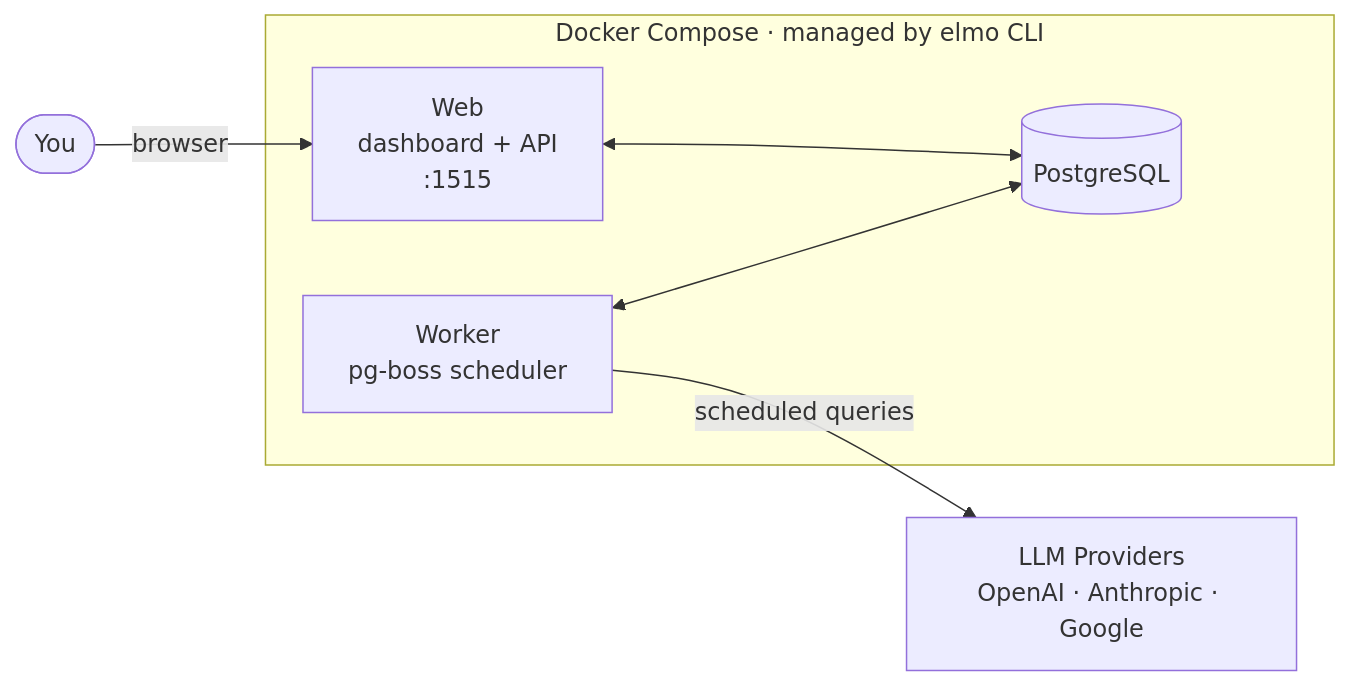
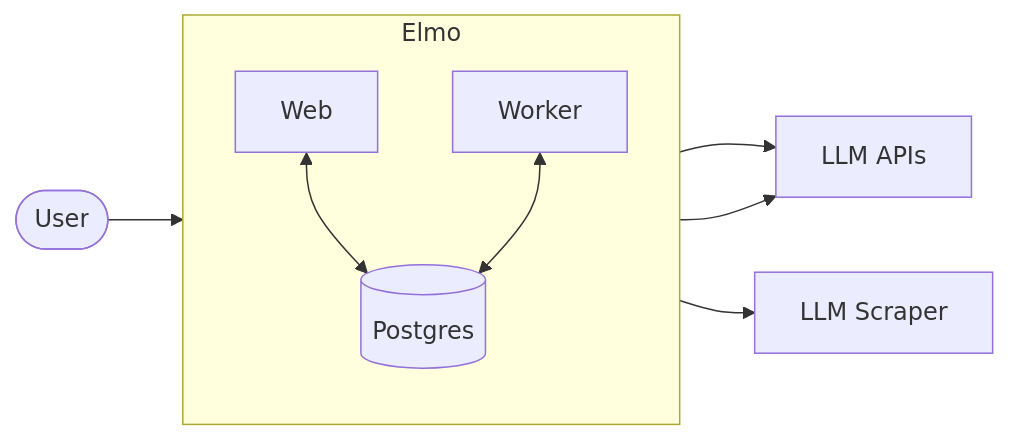
The diagram in README.md (elmohq/elmo), drawn with Mermaid before and after one commit. The commit also changed 1 other file, not shown here.

Commit message:
docs: simpler architecture diagram
- "User" instead of "You"; drop port numbers and pg-boss labels.
- Split LLM destination into LLM APIs (direct) and LLM Scraper.
- Web also reaches LLM APIs directly, not just the worker.
- Updated services table to match.

````diff
--- a/README.md
+++ b/README.md
@@ -56,16 +56,21 @@
 ```mermaid
 flowchart LR
-    USER([You])
-    LLM["LLM Providers<br/>OpenAI · Anthropic · Google"]
+    USER([User])
 
-    subgraph STACK["Docker Compose · managed by elmo CLI"]
-        WEB["Web<br/>dashboard + API<br/>:1515"]
-        WORKER["Worker<br/>pg-boss scheduler"]
-        PG[("PostgreSQL")]
+    subgraph ELMO[Elmo]
+        direction TB
+        WEB[Web]
+        PG[(Postgres)]
+        WORKER[Worker]
+        WEB <--> PG
+        WORKER <--> PG
     end
 
-    USER -->|browser| WEB
-    WEB <--> PG
-    WORKER <--> PG
-    WORKER -->|scheduled queries| LLM
+    APIS[LLM APIs]
+    SCRAPER[LLM Scraper]
+
+    USER --> WEB
+    WEB --> APIS
+    WORKER --> APIS
+    WORKER --> SCRAPER
 ```
````
